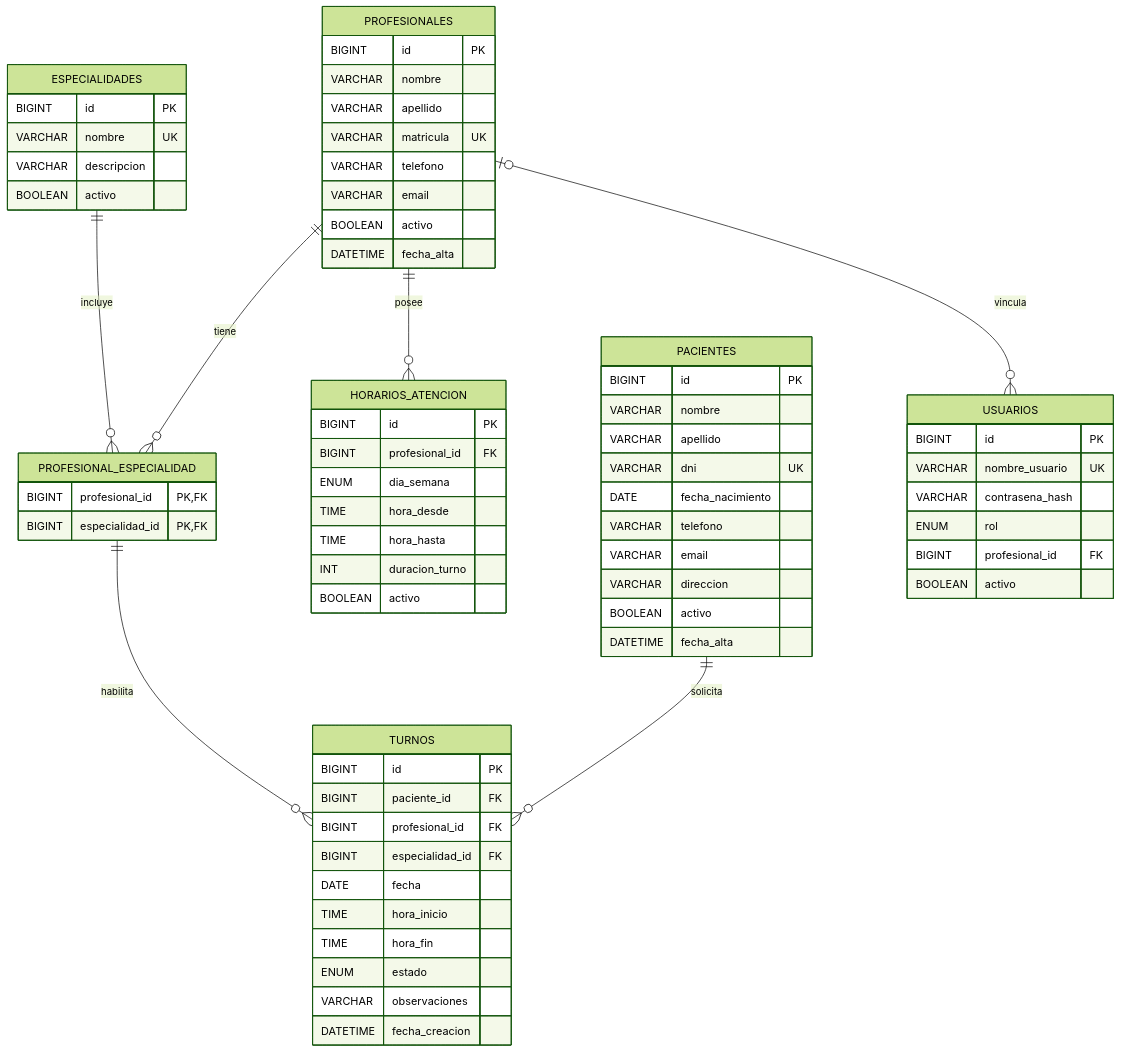
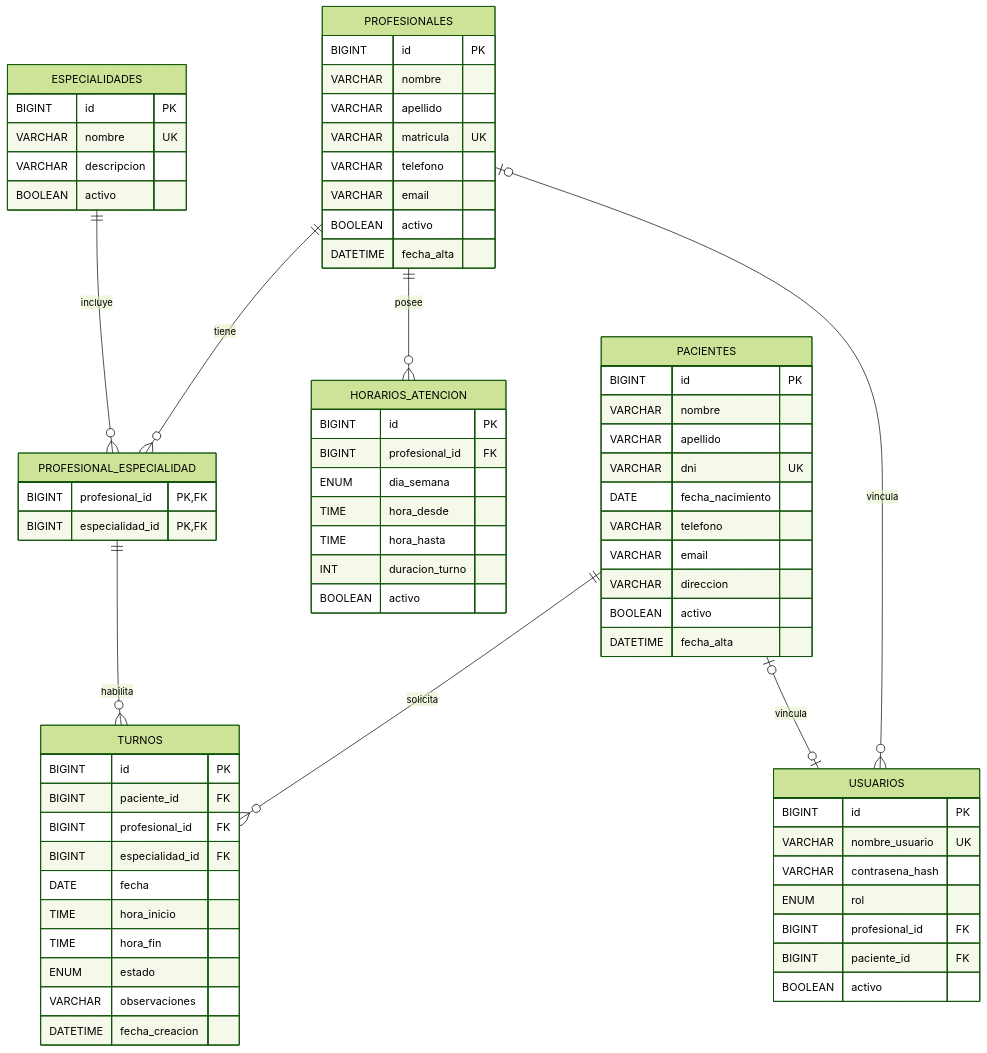
One commit to CarlosAdrianJ/proyecto_clinica_medica changed the second of 2 diagrams in README.md. Above: the diagram before and after it, drawn with Mermaid (forest theme). The commit also changed other lines of this file, not shown here.

Commit message:
Actualiza README para acceso de pacientes

````diff
--- a/README.md
+++ b/README.md
@@ -383,77 +380,79 @@
 ```mermaid
 erDiagram
     PACIENTES ||--o{ TURNOS : solicita
     PROFESIONALES ||--o{ HORARIOS_ATENCION : posee
     PROFESIONALES ||--o{ PROFESIONAL_ESPECIALIDAD : tiene
     ESPECIALIDADES ||--o{ PROFESIONAL_ESPECIALIDAD : incluye
     PROFESIONAL_ESPECIALIDAD ||--o{ TURNOS : habilita
     PROFESIONALES o|--o{ USUARIOS : vincula
+    PACIENTES o|--o| USUARIOS : vincula
 
     PACIENTES {
         BIGINT id PK
         VARCHAR nombre
         VARCHAR apellido
         VARCHAR dni UK
         DATE fecha_nacimiento
         VARCHAR telefono
         VARCHAR email
         VARCHAR direccion
         BOOLEAN activo
         DATETIME fecha_alta
     }
 
     PROFESIONALES {
         BIGINT id PK
         VARCHAR nombre
         VARCHAR apellido
         VARCHAR matricula UK
         VARCHAR telefono
         VARCHAR email
         BOOLEAN activo
         DATETIME fecha_alta
     }
 
     ESPECIALIDADES {
         BIGINT id PK
         VARCHAR nombre UK
         VARCHAR descripcion
         BOOLEAN activo
     }
 
     PROFESIONAL_ESPECIALIDAD {
         BIGINT profesional_id PK, FK
         BIGINT especialidad_id PK, FK
     }
 
     HORARIOS_ATENCION {
         BIGINT id PK
         BIGINT profesional_id FK
         ENUM dia_semana
         TIME hora_desde
         TIME hora_hasta
         INT duracion_turno
         BOOLEAN activo
     }
 
     TURNOS {
         BIGINT id PK
         BIGINT paciente_id FK
         BIGINT profesional_id FK
         BIGINT especialidad_id FK
         DATE fecha
         TIME hora_inicio
         TIME hora_fin
         ENUM estado
         VARCHAR observaciones
         DATETIME fecha_creacion
     }
 
     USUARIOS {
         BIGINT id PK
         VARCHAR nombre_usuario UK
         VARCHAR contrasena_hash
         ENUM rol
         BIGINT profesional_id FK
+        BIGINT paciente_id FK
         BOOLEAN activo
     }
 ```
````
